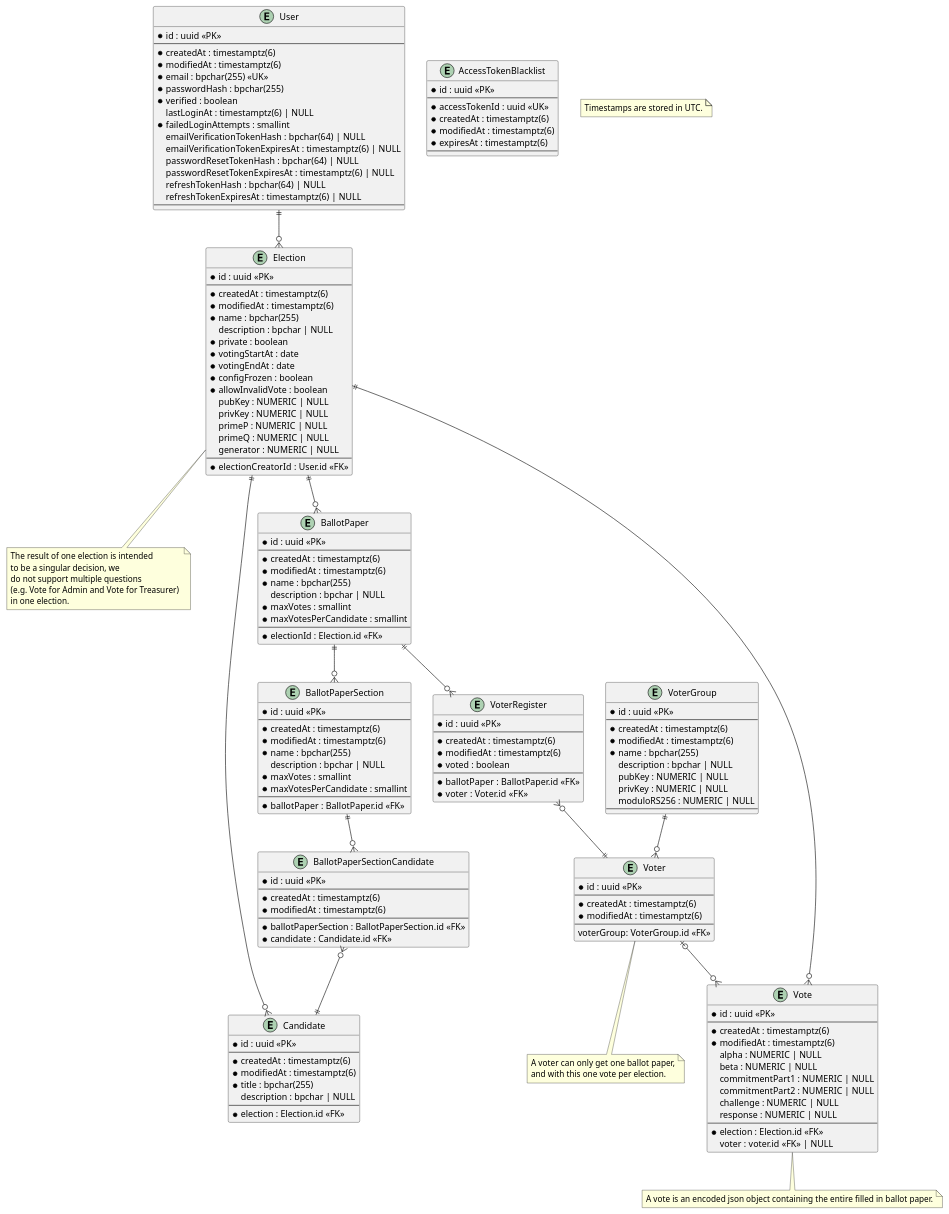
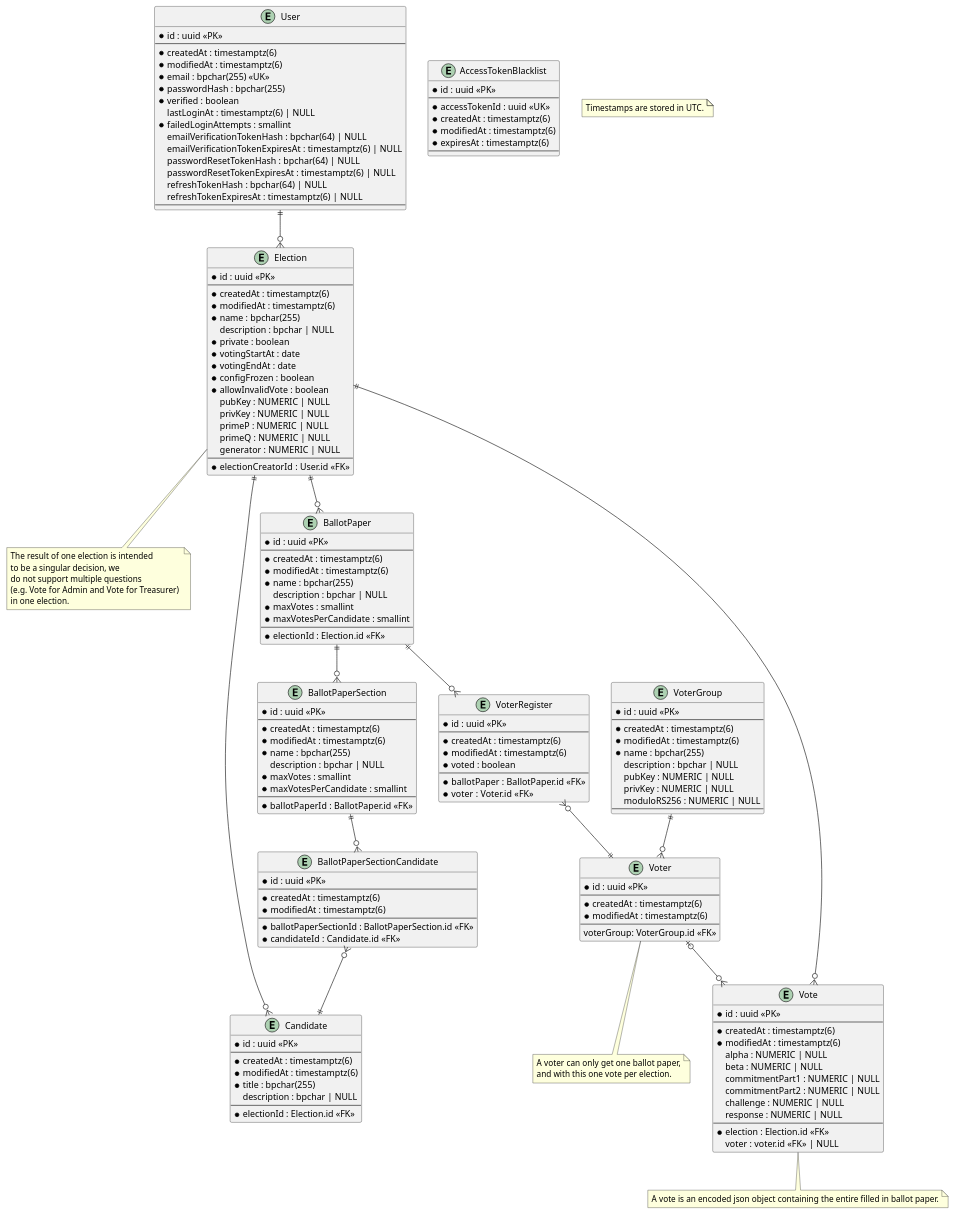
The diagram in apps/docs/static/uml/dataModel.puml (SE-UUlm/votura), drawn with PlantUML before and after one commit.

Commit message:
#120: rename foreign key fields for clarity in data model

```diff
--- a/apps/docs/static/uml/dataModel.puml
+++ b/apps/docs/static/uml/dataModel.puml
@@ -1,198 +1,198 @@
 @startuml dataModel
 
 entity "User" as user {
     * id : uuid <<PK>>
     --
     * createdAt : timestamptz(6)
     * modifiedAt : timestamptz(6)
     * email : bpchar(255) <<UK>>
     * passwordHash : bpchar(255)
     * verified : boolean
     lastLoginAt : timestamptz(6) | NULL
     ' failed login attempts get reset on successful login
     * failedLoginAttempts : smallint
     emailVerificationTokenHash : bpchar(64) | NULL
     emailVerificationTokenExpiresAt : timestamptz(6) | NULL
     passwordResetTokenHash : bpchar(64) | NULL
     passwordResetTokenExpiresAt : timestamptz(6) | NULL
     refreshTokenHash : bpchar(64) | NULL
     refreshTokenExpiresAt : timestamptz(6) | NULL
     --
 }
 
 entity "AccessTokenBlacklist" as jwtBlacklist {
     ' this table is used to store blacklisted access tokens
     ' The jti is 36 characters long if we use UUIDv4
     * id : uuid <<PK>>
     --
     * accessTokenId : uuid <<UK>>
     * createdAt : timestamptz(6)
     * modifiedAt : timestamptz(6)
     * expiresAt : timestamptz(6)
     --
 }
 
 entity "Election" as elections {
     * id : uuid <<PK>>
     --
     * createdAt : timestamptz(6)
     * modifiedAt : timestamptz(6)
     * name : bpchar(255)
     description : bpchar | NULL
     * private : boolean
     * votingStartAt : date
     * votingEndAt : date
     * configFrozen : boolean
     * allowInvalidVote : boolean
     ' Is there a use case for `votesCounted`?
     ' * votesCounted : boolean
     ' Computed values such as validVotes and invalidVotes are critical - do we really want to store them?
     ' validVotes : integer | NULL
     ' invalidVotes : integer | NULL
     pubKey : NUMERIC | NULL
     privKey : NUMERIC | NULL
     primeP : NUMERIC | NULL
     primeQ : NUMERIC | NULL
     generator : NUMERIC | NULL
     --
     * electionCreatorId : User.id <<FK>>
 }
 
 note as N2
 The result of one election is intended 
 to be a singular decision, we 
 do not support multiple questions 
 (e.g. Vote for Admin and Vote for Treasurer) 
 in one election.
 end note
 
 entity "BallotPaper" as ballotPapers {
     * id : uuid <<PK>>
     --
     * createdAt : timestamptz(6)
     * modifiedAt : timestamptz(6)
     * name : bpchar(255)
     description : bpchar | NULL
     * maxVotes : smallint
     * maxVotesPerCandidate : smallint
     --
     * electionId : Election.id <<FK>>
 }
 
 entity "BallotPaperSection" as ballotPaperSections {
     * id : uuid <<PK>>
     --
     * createdAt : timestamptz(6)
     * modifiedAt : timestamptz(6)
     * name : bpchar(255)
     description : bpchar | NULL
     * maxVotes : smallint
     * maxVotesPerCandidate : smallint
     --
-    * ballotPaper : BallotPaper.id <<FK>>
+    * ballotPaperId : BallotPaper.id <<FK>>
 }
 ' note as C_2
 ' If at least two ballotPaperSections are created for one ballotPaper, 
 ' the name field of the ballotPaperSections is mandatory.
 ' end note
 
 entity "BallotPaperSectionCandidate" as ballotPaperSectionCandidates {
     * id : uuid <<PK>>
     --
     * createdAt : timestamptz(6)
     * modifiedAt : timestamptz(6)
     --
-    * ballotPaperSection : BallotPaperSection.id <<FK>>
-    * candidate : Candidate.id <<FK>>
+    * ballotPaperSectionId : BallotPaperSection.id <<FK>>
+    * candidateId : Candidate.id <<FK>>
 }
 
 entity "Candidate" as candidates {
     * id : uuid <<PK>>
     --
     * createdAt : timestamptz(6)
     * modifiedAt : timestamptz(6)
     * title : bpchar(255)
     description : bpchar | NULL
     --
-    * election : Election.id <<FK>>
+    * electionId : Election.id <<FK>>
 }
 
 entity "Vote" as votes {
     * id : uuid <<PK>>
     --
     * createdAt : timestamptz(6)
     * modifiedAt : timestamptz(6)
     alpha : NUMERIC | NULL
     beta : NUMERIC | NULL
     commitmentPart1 : NUMERIC | NULL
     commitmentPart2 : NUMERIC | NULL
     challenge : NUMERIC | NULL
     response : NUMERIC | NULL
     --
     * election : Election.id <<FK>>
     ' if the vote isn't secret, voter can be saved
     voter : voter.id <<FK>> | NULL
 }
 note as N4
 A vote is an encoded json object containing the entire filled in ballot paper.
 end note
 
 entity "VoterRegister" as voterRegisters {
     * id : uuid <<PK>>
     --
     * createdAt : timestamptz(6)
     * modifiedAt : timestamptz(6)
     * voted : boolean
     --
     * ballotPaper : BallotPaper.id <<FK>>
     * voter : Voter.id <<FK>>
 }
 
 entity "Voter" as voters {
     * id : uuid <<PK>>
     --
     * createdAt : timestamptz(6)
     * modifiedAt : timestamptz(6)
     --
     voterGroup: VoterGroup.id <<FK>>
 }
 note as N3
 A voter can only get one ballot paper,
 and with this one vote per election.
 end note
 
 entity "VoterGroup" as voterGroups {
     * id : uuid <<PK>>
     --
     * createdAt : timestamptz(6)
     * modifiedAt : timestamptz(6)
     * name : bpchar(255)
     description : bpchar | NULL
     pubKey : NUMERIC | NULL
     privKey : NUMERIC | NULL
     moduloRS256 : NUMERIC | NULL
     --
 }
 
 note as N1
 Timestamps are stored in UTC.
 end note
 
 user ||--o{ elections
 elections ||--o{ ballotPapers
 elections -- N2
 elections ||--o{ candidates
 ballotPapers ||--o{ voterRegisters
 voterRegisters }o--|| voters
 ballotPapers ||--o{ ballotPaperSections
 ' ballotPaperSections -- C_2
 ballotPaperSections ||--o{ ballotPaperSectionCandidates
 ballotPaperSectionCandidates }o--|| candidates
 votes }o--|| elections
 voters |o--o{ votes
 voterGroups ||--o{ voters
 voters -- N3
 votes -- N4
 
 
 @enduml
```
